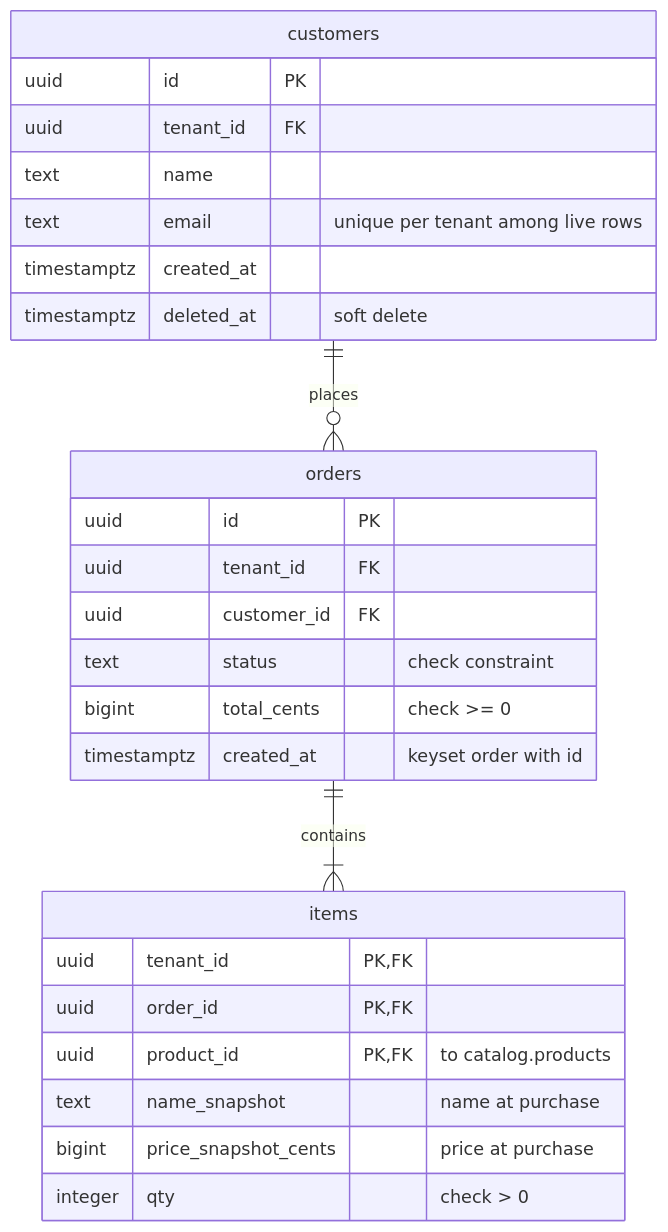
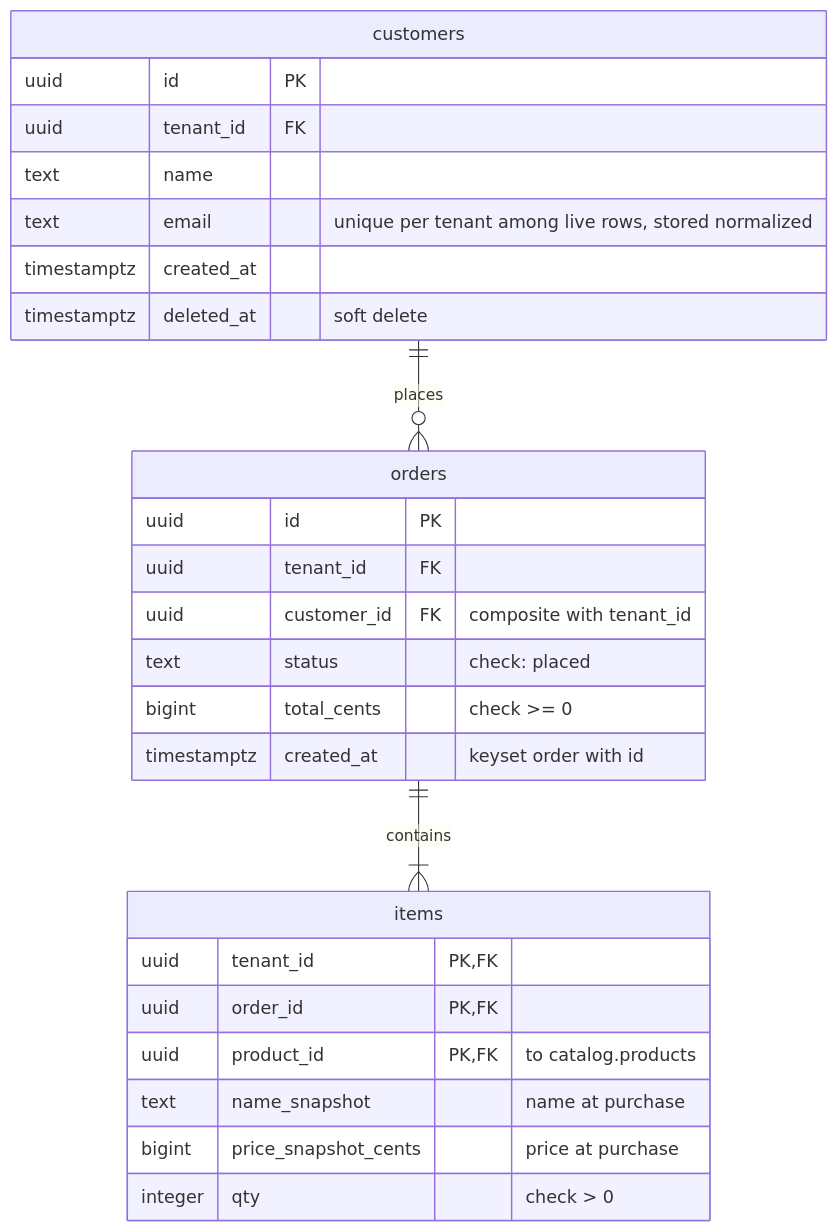
The fourth of 7 diagrams in drizzle/DIAGRAM.md (ronz204/poc-data-access), drawn with Mermaid before and after one commit. The commit also changed other lines of this file, not shown here.

Commit message:
docs(db): sync data model diagram with specs

````diff
--- a/drizzle/DIAGRAM.md
+++ b/drizzle/DIAGRAM.md
@@ -187,29 +202,29 @@
 ```mermaid
 erDiagram
     customers {
         uuid id PK
         uuid tenant_id FK
         text name
-        text email "unique per tenant among live rows"
+        text email "unique per tenant among live rows, stored normalized"
         timestamptz created_at
         timestamptz deleted_at "soft delete"
     }
     orders {
         uuid id PK
         uuid tenant_id FK
-        uuid customer_id FK
-        text status "check constraint"
+        uuid customer_id FK "composite with tenant_id"
+        text status "check: placed"
         bigint total_cents "check >= 0"
         timestamptz created_at "keyset order with id"
     }
     items {
         uuid tenant_id PK, FK
         uuid order_id PK, FK
         uuid product_id PK, FK "to catalog.products"
         text name_snapshot "name at purchase"
         bigint price_snapshot_cents "price at purchase"
         integer qty "check > 0"
     }
     customers ||--o{ orders : places
     orders ||--|{ items : contains
 ```
````
